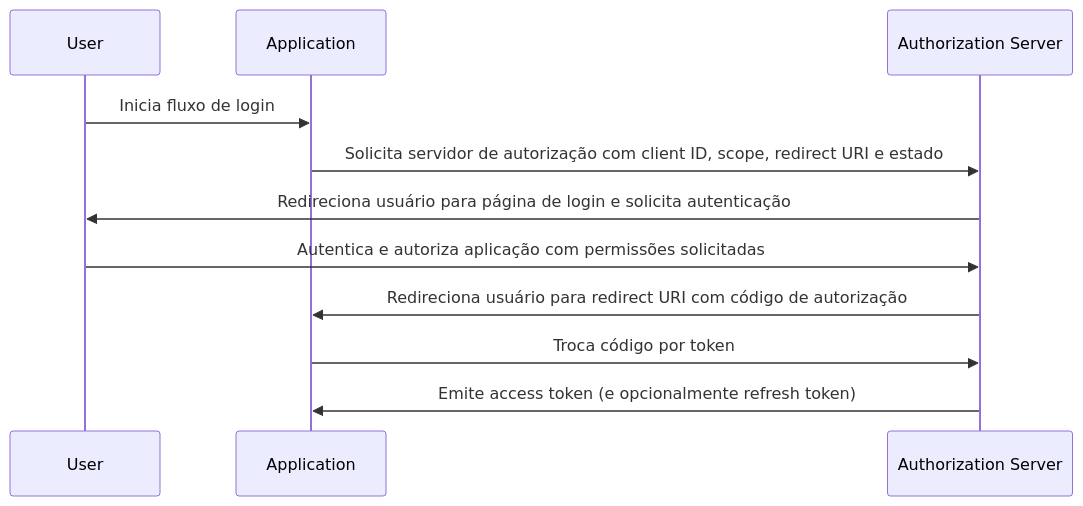
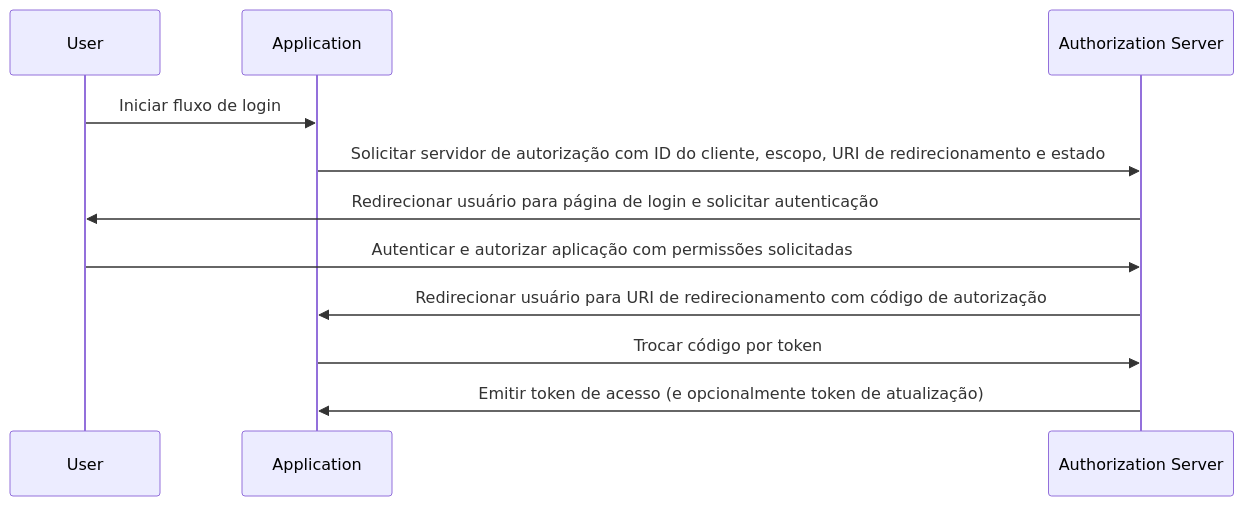
One commit to logto-io/auth-wiki changed the diagram in src/content/terms/pt-br/authorization-code-flow.mdx. Above: the diagram before and after it, drawn with Mermaid. The commit also changed other lines of this file and 95 other files, not shown here.

````diff
--- a/src/content/terms/pt-br/authorization-code-flow.mdx
+++ b/src/content/terms/pt-br/authorization-code-flow.mdx
@@ -25,14 +27,14 @@
 ```mermaid
 sequenceDiagram
     participant User
     participant Application
     participant Authorization Server
 
-    User->>Application: Inicia fluxo de login
-    Application->>Authorization Server: Solicita servidor de autorização com client ID, scope, redirect URI e estado
-    Authorization Server->>User: Redireciona usuário para página de login e solicita autenticação
-    User->>Authorization Server: Autentica e autoriza aplicação com permissões solicitadas
-    Authorization Server->>Application: Redireciona usuário para redirect URI com código de autorização
-    Application->>Authorization Server: Troca código por token
-    Authorization Server->>Application: Emite access token (e opcionalmente refresh token)
+    User->>Application: Iniciar fluxo de login
+    Application->>Authorization Server: Solicitar servidor de autorização com ID do cliente, escopo, URI de redirecionamento e estado
+    Authorization Server->>User: Redirecionar usuário para página de login e solicitar autenticação
+    User->>Authorization Server: Autenticar e autorizar aplicação com permissões solicitadas
+    Authorization Server->>Application: Redirecionar usuário para URI de redirecionamento com código de autorização
+    Application->>Authorization Server: Trocar código por token
+    Authorization Server->>Application: Emitir token de acesso (e opcionalmente token de atualização)
 ```
````
